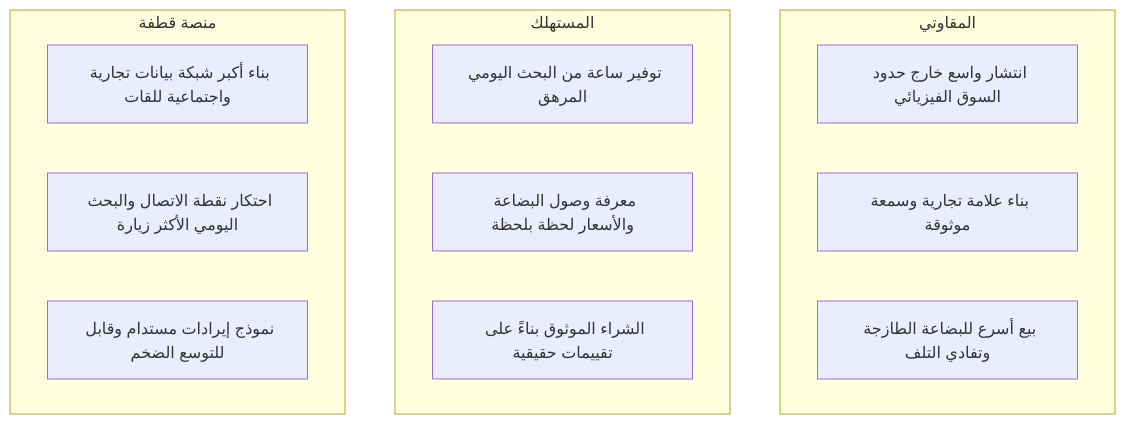
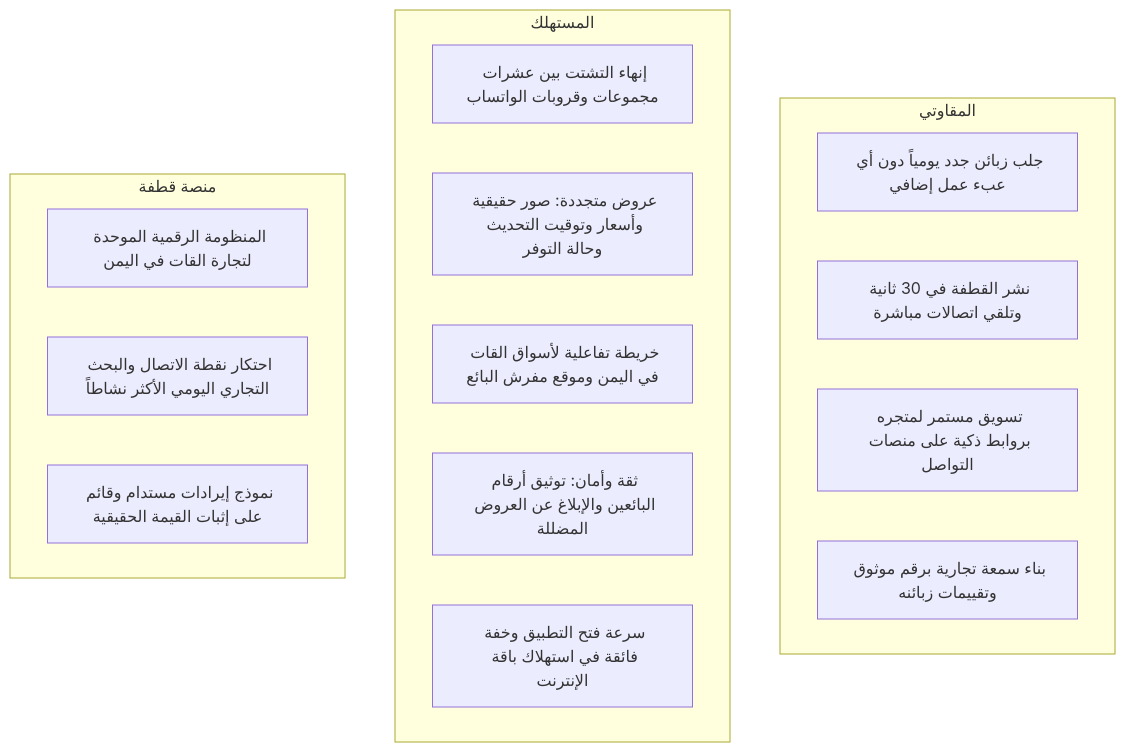
The diagram in docs/03-business-requirements.md (Emad20112/qatfa), drawn with Mermaid before and after one commit. The commit also changed other lines of this file and 13 other files, not shown here.

````diff
--- a/docs/03-business-requirements.md
+++ b/docs/03-business-requirements.md
@@ -19,18 +19,21 @@
 ```mermaid
 graph TD
     subgraph المقاوتي
-        V1["انتشار واسع خارج حدود السوق الفيزيائي"]
-        V2["بناء علامة تجارية وسمعة موثوقة"]
-        V3["بيع أسرع للبضاعة الطازجة وتفادي التلف"]
+        V1["جلب زبائن جدد يومياً دون أي عبء عمل إضافي"]
+        V2["نشر القطفة في 30 ثانية وتلقي اتصالات مباشرة"]
+        V3["تسويق مستمر لمتجره بروابط ذكية على منصات التواصل"]
+        V4["بناء سمعة تجارية برقم موثوق وتقييمات زبائنه"]
     end
     subgraph المستهلك
-        C1["توفير ساعة من البحث اليومي المرهق"]
-        C2["معرفة وصول البضاعة والأسعار لحظة بلحظة"]
-        C3["الشراء الموثوق بناءً على تقييمات حقيقية"]
+        C1["إنهاء التشتت بين عشرات مجموعات وقروبات الواتساب"]
+        C2["عروض متجددة: صور حقيقية وأسعار وتوقيت التحديث وحالة التوفر"]
+        C3["خريطة تفاعلية لأسواق القات في اليمن وموقع مفرش البائع"]
+        C4["ثقة وأمان: توثيق أرقام البائعين والإبلاغ عن العروض المضللة"]
+        C5["سرعة فتح التطبيق وخفة فائقة في استهلاك باقة الإنترنت"]
     end
     subgraph منصة قطفة
-        P1["بناء أكبر شبكة بيانات تجارية واجتماعية للقات"]
-        P2["احتكار نقطة الاتصال والبحث اليومي الأكثر زيارة"]
-        P3["نموذج إيرادات مستدام وقابل للتوسع الضخم"]
+        P1["المنظومة الرقمية الموحدة لتجارة القات في اليمن"]
+        P2["احتكار نقطة الاتصال والبحث التجاري اليومي الأكثر نشاطاً"]
+        P3["نموذج إيرادات مستدام وقائم على إثبات القيمة الحقيقية"]
     end
 ```
````
